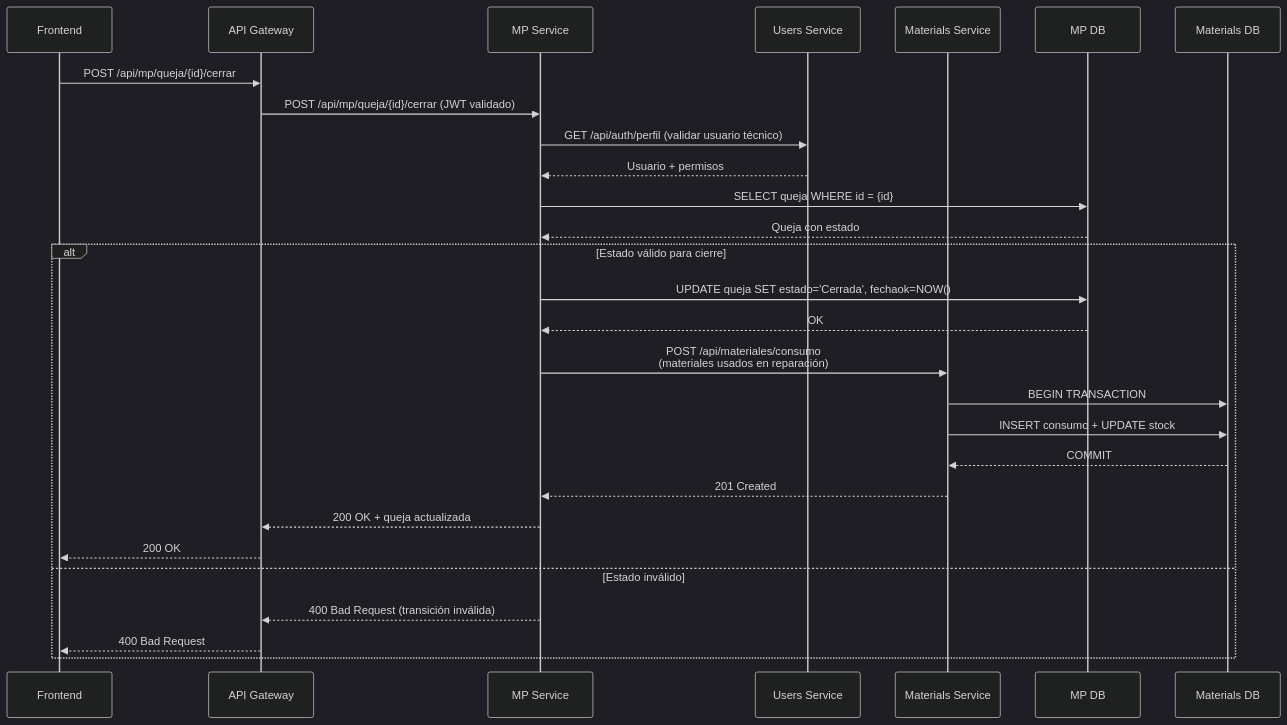
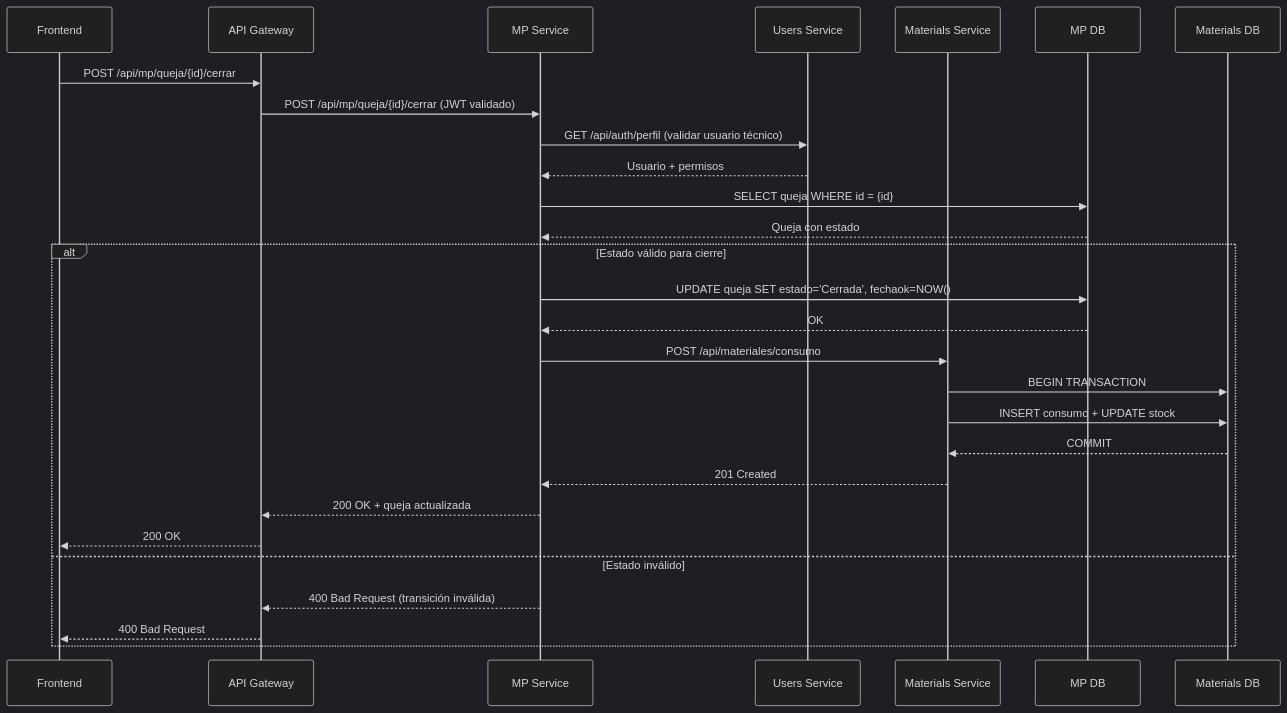
One commit to ybotet/SISGAD5_1.0 changed the second of 3 diagrams in ARCHITECTURE.md. Above: the diagram before and after it, drawn with Mermaid (dark theme). The commit also changed other lines of this file, not shown here.

````diff
--- a/ARCHITECTURE.md
+++ b/ARCHITECTURE.md
@@ -104,31 +102,31 @@
 ```mermaid
 sequenceDiagram
     participant FE as Frontend
     participant GW as API Gateway
     participant MPS as MP Service
     participant US as Users Service
     participant MS as Materials Service
     participant MPDB as MP DB
     participant MADB as Materials DB
 
     FE->>GW: POST /api/mp/queja/{id}/cerrar
     GW->>MPS: POST /api/mp/queja/{id}/cerrar (JWT validado)
     MPS->>US: GET /api/auth/perfil (validar usuario técnico)
     US-->>MPS: Usuario + permisos
     MPS->>MPDB: SELECT queja WHERE id = {id}
     MPDB-->>MPS: Queja con estado
     alt Estado válido para cierre
         MPS->>MPDB: UPDATE queja SET estado='Cerrada', fechaok=NOW()
         MPDB-->>MPS: OK
-        MPS->>MS: POST /api/materiales/consumo<br/>(materiales usados en reparación)
+        MPS->>MS: POST /api/materiales/consumo
         MS->>MADB: BEGIN TRANSACTION
         MS->>MADB: INSERT consumo + UPDATE stock
         MADB-->>MS: COMMIT
         MS-->>MPS: 201 Created
         MPS-->>GW: 200 OK + queja actualizada
         GW-->>FE: 200 OK
     else Estado inválido
         MPS-->>GW: 400 Bad Request (transición inválida)
         GW-->>FE: 400 Bad Request
     end
 ```
````
